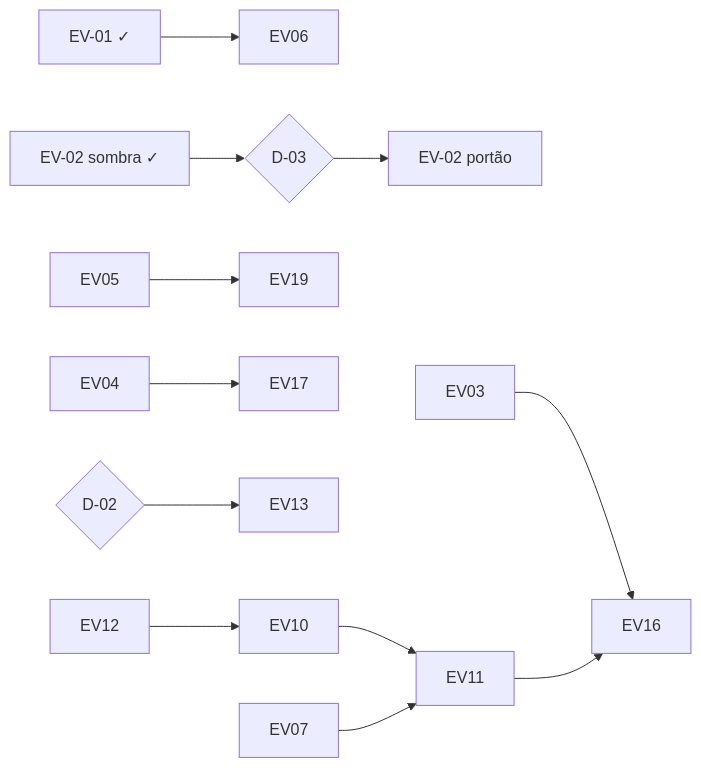
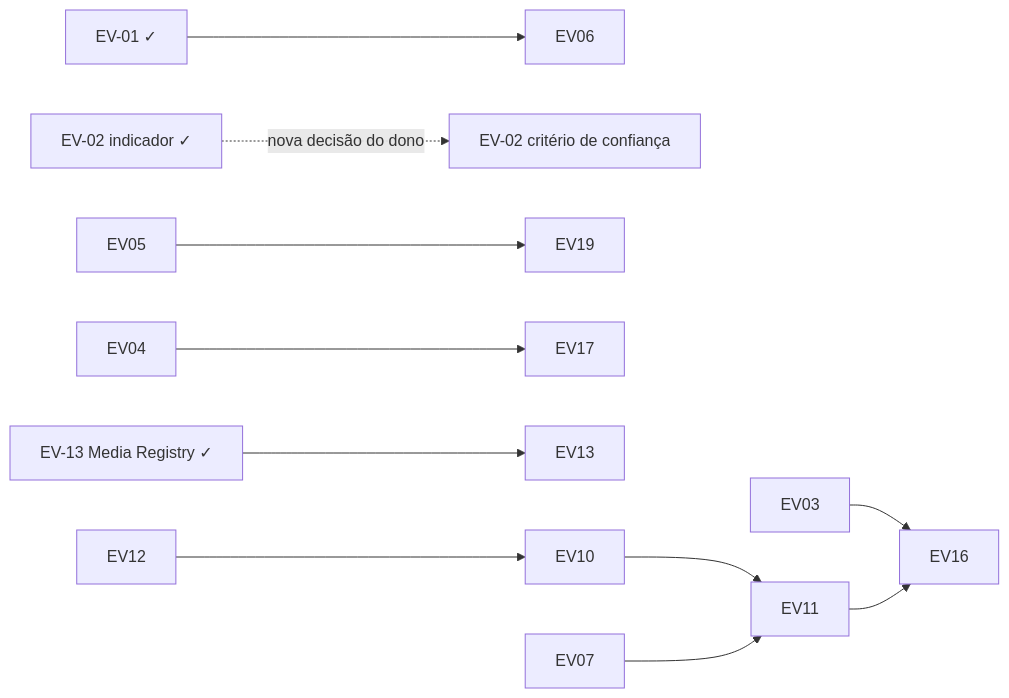
One commit to mzinhoww-svg/citynewscuiaba changed the diagram in docs/audit/EVOLUTION-ROADMAP.md. Above: the diagram before and after it, drawn with Mermaid. The commit also changed other lines of this file and 8 other files, not shown here.

````diff
--- a/docs/audit/EVOLUTION-ROADMAP.md
+++ b/docs/audit/EVOLUTION-ROADMAP.md
@@ -98,13 +100,13 @@
 ```mermaid
 flowchart LR
   EV01[EV-01 ✓] --> EV06
-  EV02a[EV-02 sombra ✓] --> D03{D-03} --> EV02b[EV-02 portão]
+  EV02a[EV-02 indicador ✓] -.->|nova decisão do dono| EV02b[EV-02 critério de confiança]
   EV03 --> EV16
   EV05 --> EV19
   EV04 --> EV17
-  D02{D-02} --> EV13
+  EV13a[EV-13 Media Registry ✓] --> EV13
   EV10 --> EV11
   EV07 --> EV11
   EV11 --> EV16
   EV12 --> EV10
 ```
````
